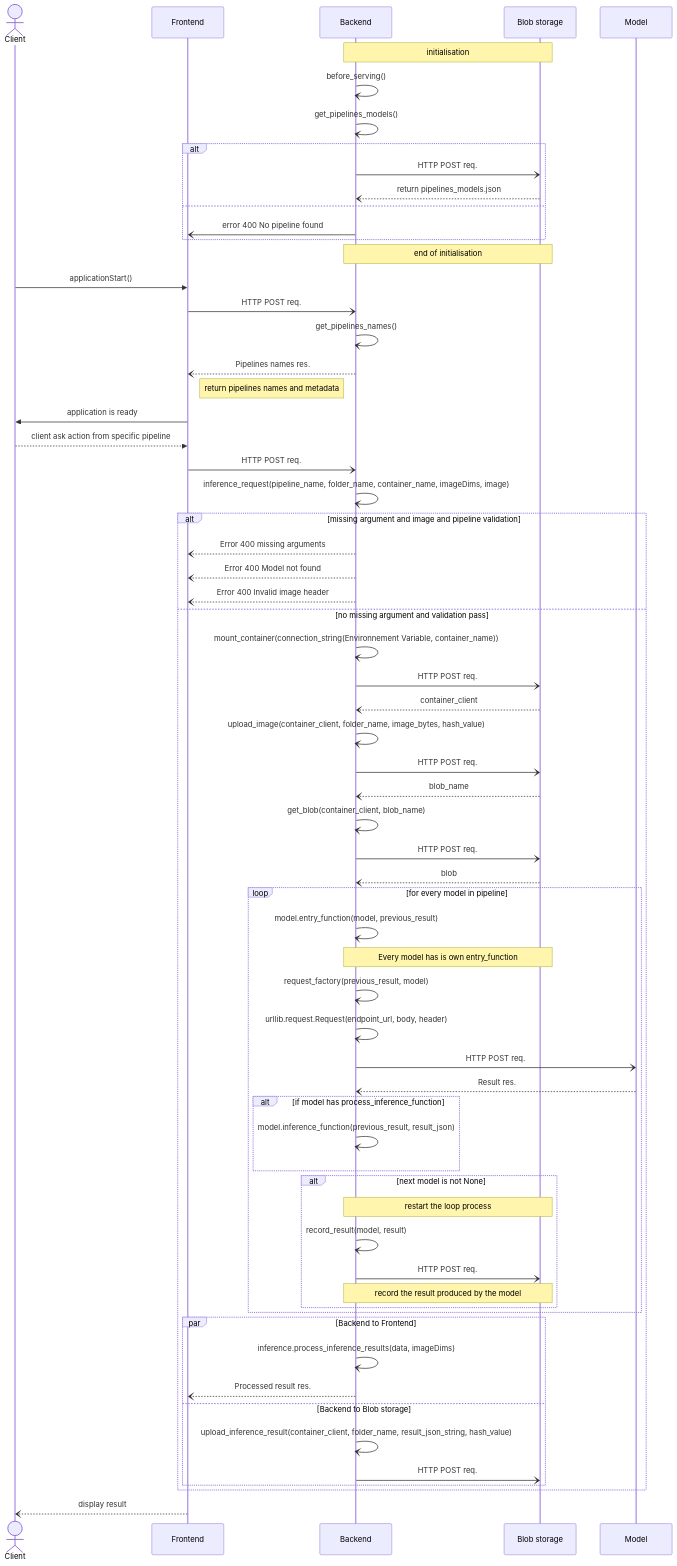
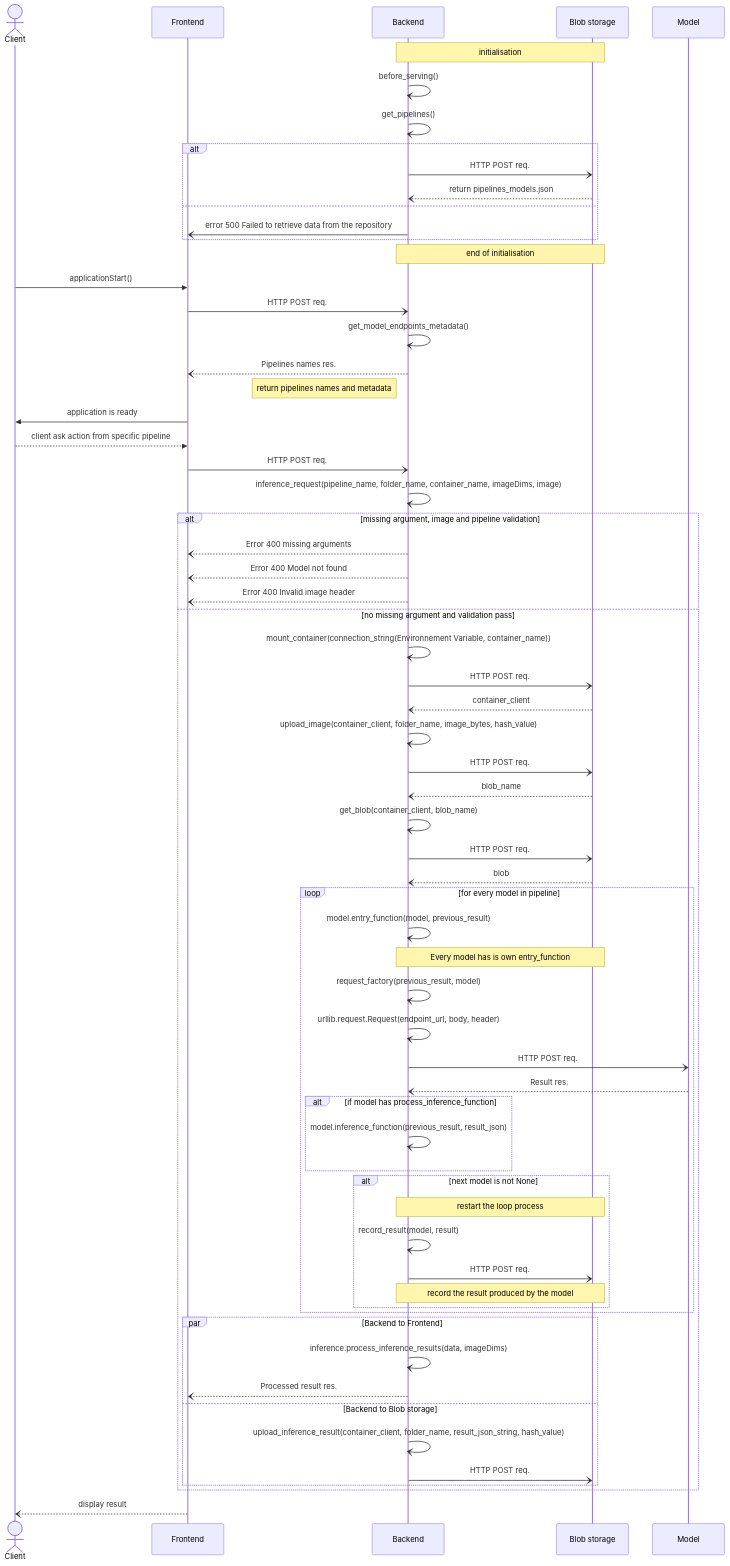
One commit to ai-cfia/nachet-backend changed the second of 2 diagrams in docs/nachet-inference-documentation.md. Above: the diagram before and after it, drawn with Mermaid. The commit also changed other lines of this file, not shown here.

Commit message:
fixes #51: Update sequence diagram to reflect change in code

````diff
--- a/docs/nachet-inference-documentation.md
+++ b/docs/nachet-inference-documentation.md
@@ -59,76 +59,75 @@
 ```mermaid
 sequenceDiagram
 
     actor Client
     participant Frontend
     participant Backend
     participant Blob storage
     participant Model
 
     Note over Backend,Blob storage: initialisation
     Backend-)Backend: before_serving()
-    Backend-)Backend: get_pipelines_models()
+    Backend-)Backend: get_pipelines()
     alt
     Backend-)Blob storage: HTTP POST req.
     Blob storage--)Backend: return pipelines_models.json
     else
-    Backend-)Frontend: error 400 No pipeline found
+    Backend-)Frontend: error 500 Failed to retrieve data from the repository
     end
     Note over Backend,Blob storage: end of initialisation
    
     Client->>Frontend: applicationStart()
     Frontend-)Backend: HTTP POST req.
-    Backend-)Backend: get_pipelines_names()
+    Backend-)Backend: get_model_endpoints_metadata()
     Backend--)Frontend: Pipelines names res.
     Note left of Backend: return pipelines names and metadata
 
     Frontend->>Client: application is ready
     Client-->>Frontend: client ask action from specific pipeline
     Frontend-)Backend: HTTP POST req.
     Backend-)Backend: inference_request(pipeline_name, folder_name, container_name, imageDims, image)
-    alt missing argument and image and pipeline validation
+    alt missing argument, image and pipeline validation
         Backend--)Frontend: Error 400 missing arguments
         Backend--)Frontend: Error 400 Model not found
         Backend--)Frontend: Error 400 Invalid image header
     else no missing argument and validation pass
         Backend-)Backend: mount_container(connection_string(Environnement Variable, container_name))
         Backend-)Blob storage: HTTP POST req.
         Blob storage--)Backend: container_client
         
         Backend-)Backend: upload_image(container_client, folder_name, image_bytes, hash_value)
         Backend-)Blob storage: HTTP POST req.
         Blob storage--)Backend: blob_name
 
         Backend-)Backend: get_blob(container_client, blob_name)
         Backend-)Blob storage: HTTP POST req.
         Blob storage--)Backend: blob
 
         loop for every model in pipeline
             Backend-)Backend: model.entry_function(model, previous_result)
             note over Backend, Blob storage: Every model has is own entry_function
             Backend-)Backend: request_factory(previous_result, model)
             Backend-)Backend: urllib.request.Request(endpoint_url, body, header)
             Backend-)Model: HTTP POST req.
             Model--)Backend: Result res.
             alt if model has process_inference_function
                 Backend-) Backend: model.inference_function(previous_result, result_json)
             end
             alt next model is not None
                 note over Backend, Blob storage: restart the loop process
                 Backend-)Backend: record_result(model, result)
                 Backend-)Blob storage: HTTP POST req.
                 note over Backend, Blob storage: record the result produced by the model
-
             end
         end
         
         par Backend to Frontend
             Backend-)Backend: inference.process_inference_results(data, imageDims)
             Backend--)Frontend: Processed result res.
         and Backend to Blob storage
             Backend-)Backend: upload_inference_result(container_client, folder_name, result_json_string, hash_value)
             Backend-)Blob storage: HTTP POST req.
         end
     end
     Frontend--)Client: display result
 ```
````
